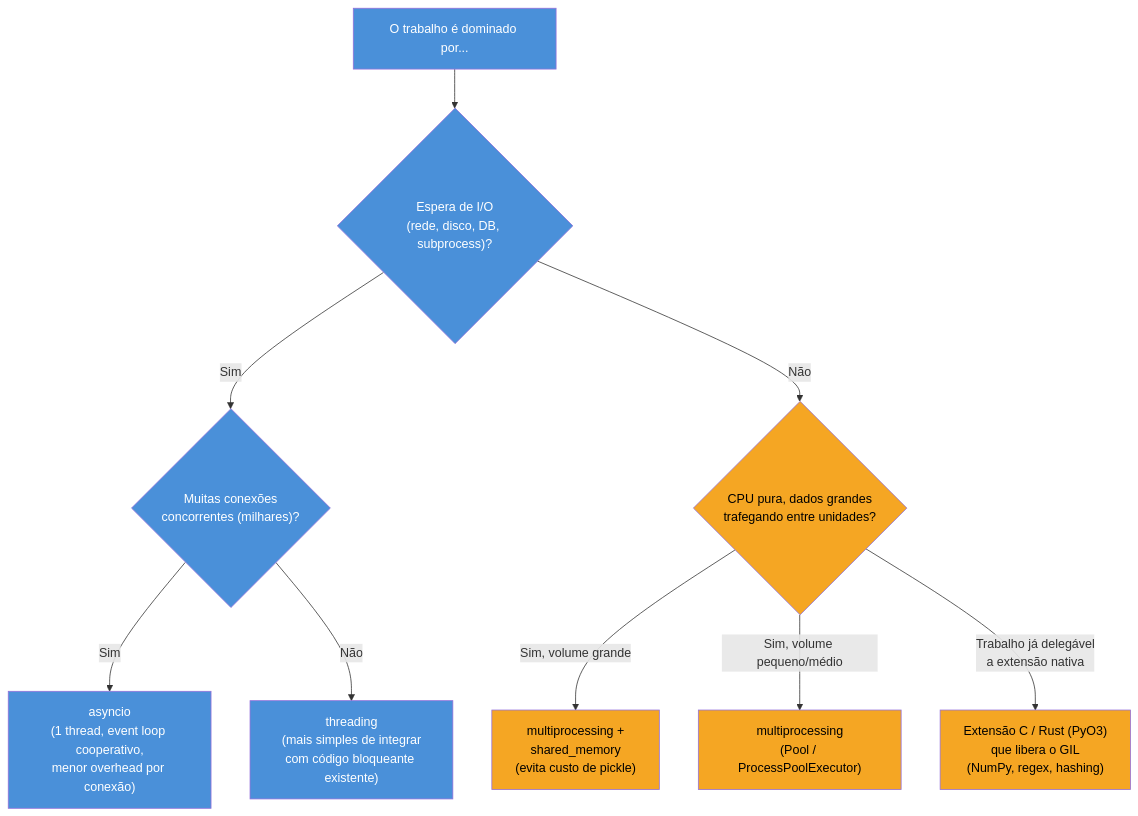
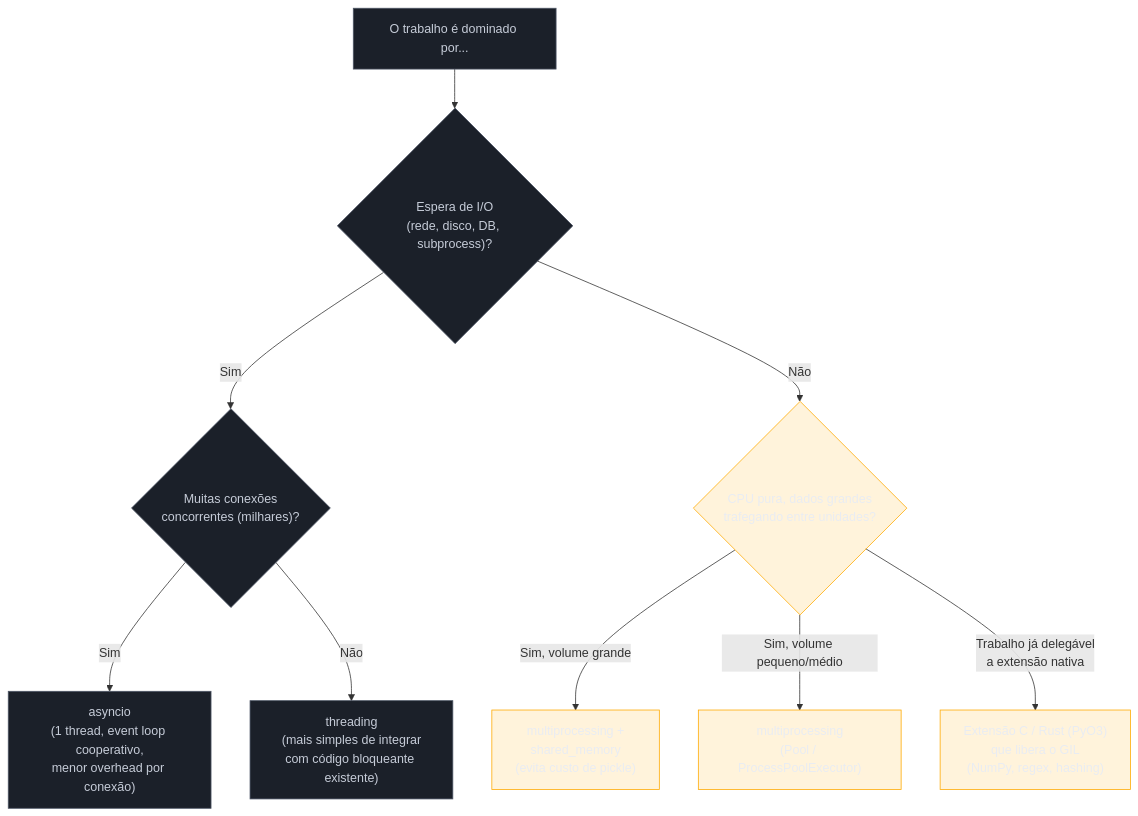
Before and after one commit to josenaldo/codex-technomanticus: the second of 2 diagrams in 03-Dominios/Tecnologia/Python/CPython internals/05 - GIL e concorrência na prática — threading vs multiprocessing.md, drawn with Mermaid. The commit also changed other lines of this file and 1181 other files, not shown here.

First line of the commit message:
fix(diagramas): paleta do sistema no lugar de cor cravada no markdown

````diff
--- a/03-Dominios/Tecnologia/Python/CPython internals/05 - GIL e concorrência na prática — threading vs multiprocessing.md
+++ b/03-Dominios/Tecnologia/Python/CPython internals/05 - GIL e concorrência na prática — threading vs multiprocessing.md
@@ -332,22 +334,24 @@
 ```mermaid
 flowchart TD
+    classDef neutro fill:#1B2029,stroke:#4E5666,color:#C6CCD8
+    classDef destaque fill:#FFAA0024,stroke:#FFAA00,color:#E9ECF2
     Start["O trabalho é dominado por..."] --> Espera{"Espera de I/O\n(rede, disco, DB, subprocess)?"}
     Espera -- Sim --> Volume{"Muitas conexões\nconcorrentes (milhares)?"}
     Volume -- Sim --> Asyncio["asyncio\n(1 thread, event loop cooperativo,\nmenor overhead por conexão)"]
     Volume -- Não --> Threading["threading\n(mais simples de integrar\ncom código bloqueante existente)"]
 
     Espera -- Não --> CPU{"CPU pura, dados grandes\ntrafegando entre unidades?"}
     CPU -- Sim, volume grande --> SharedMem["multiprocessing +\nshared_memory\n(evita custo de pickle)"]
     CPU -- Sim, volume pequeno/médio --> Multiproc["multiprocessing\n(Pool / ProcessPoolExecutor)"]
     CPU -- Trabalho já delegável\na extensão nativa --> ExtC["Extensão C / Rust (PyO3)\nque libera o GIL\n(NumPy, regex, hashing)"]
 
-    style Start fill:#4A90D9,color:#fff
-    style Espera fill:#4A90D9,color:#fff
-    style Volume fill:#4A90D9,color:#fff
-    style Asyncio fill:#4A90D9,color:#fff
-    style Threading fill:#4A90D9,color:#fff
-    style CPU fill:#F5A623,color:#000
-    style SharedMem fill:#F5A623,color:#000
-    style Multiproc fill:#F5A623,color:#000
-    style ExtC fill:#F5A623,color:#000
+    class Start neutro
+    class Espera neutro
+    class Volume neutro
+    class Asyncio neutro
+    class Threading neutro
+    class CPU destaque
+    class SharedMem destaque
+    class Multiproc destaque
+    class ExtC destaque
 ```
````
